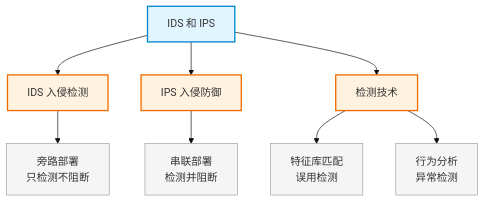
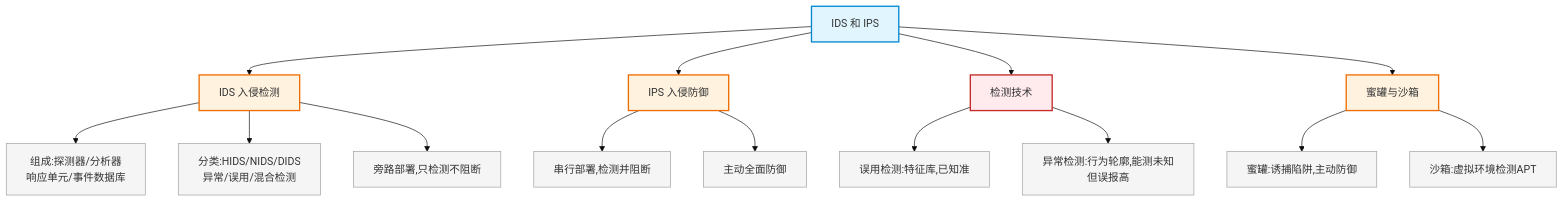
The diagram in network-security/20_ids_and_ips.md (silverbulle/Network_Planning_and_Design), drawn with Mermaid (base theme) before and after one commit. The commit also changed other lines of this file and 2 other files, not shown here.

````diff
--- a/network-security/20_ids_and_ips.md
+++ b/network-security/20_ids_and_ips.md
@@ -9,20 +8,35 @@
 ```mermaid
 flowchart TD
     A["IDS 和 IPS"] --> B["IDS 入侵检测"]
     A --> C["IPS 入侵防御"]
     A --> D["检测技术"]
+    A --> E["蜜罐与沙箱"]
 
-    B --> B1["旁路部署<br>只检测不阻断"]
-    C --> C1["串联部署<br>检测并阻断"]
-    D --> D1["特征库匹配<br>误用检测"]
-    D --> D2["行为分析<br>异常检测"]
+    B --> B1["组成:探测器/分析器<br>响应单元/事件数据库"]
+    B --> B2["分类:HIDS/NIDS/DIDS<br>异常/误用/混合检测"]
+    B --> B3["旁路部署,只检测不阻断"]
+
+    C --> C1["串行部署,检测并阻断"]
+    C --> C2["主动全面防御"]
+
+    D --> D1["误用检测:特征库,已知准"]
+    D --> D2["异常检测:行为轮廓,能测未知但误报高"]
+
+    E --> E1["蜜罐:诱捕陷阱,主动防御"]
+    E --> E2["沙箱:虚拟环境检测APT"]
 
     style A fill:#e1f5fe,stroke:#0288d1,stroke-width:2px
     style B fill:#fff3e0,stroke:#ef6c00,stroke-width:2px
     style C fill:#fff3e0,stroke:#ef6c00,stroke-width:2px
-    style D fill:#fff3e0,stroke:#ef6c00,stroke-width:2px
+    style D fill:#ffebee,stroke:#c62828,stroke-width:2px
+    style E fill:#fff3e0,stroke:#ef6c00,stroke-width:2px
     style B1 fill:#f5f5f5,stroke:#9e9e9e
+    style B2 fill:#f5f5f5,stroke:#9e9e9e
+    style B3 fill:#f5f5f5,stroke:#9e9e9e
     style C1 fill:#f5f5f5,stroke:#9e9e9e
+    style C2 fill:#f5f5f5,stroke:#9e9e9e
     style D1 fill:#f5f5f5,stroke:#9e9e9e
     style D2 fill:#f5f5f5,stroke:#9e9e9e
+    style E1 fill:#f5f5f5,stroke:#9e9e9e
+    style E2 fill:#f5f5f5,stroke:#9e9e9e
 ```
````
